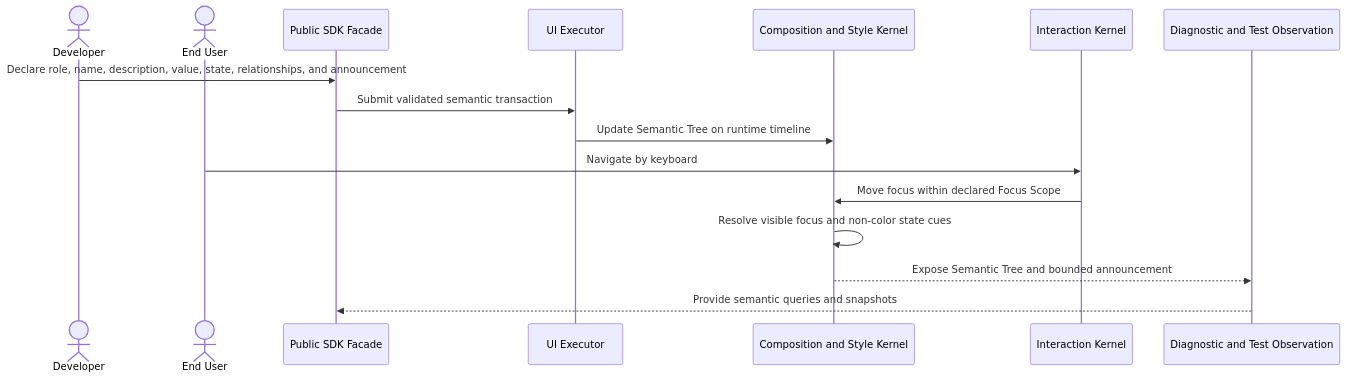
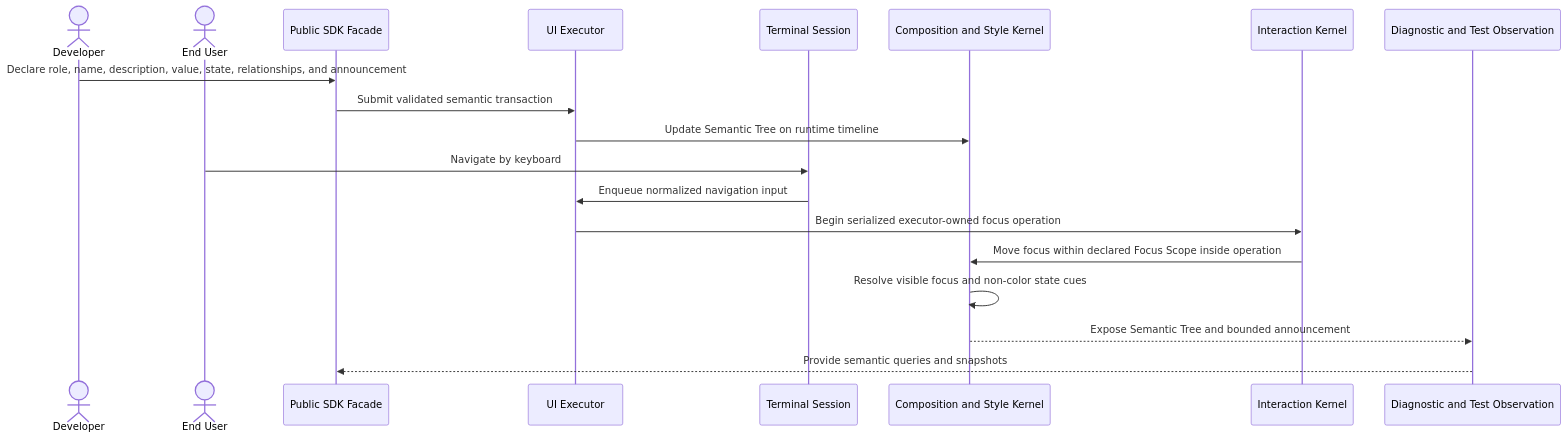
One commit to Tuvren/tuvren-tui changed the diagram in .constitution/architecture/flows/accessibility-semantics.md. Above: the diagram before and after it, drawn with Mermaid. The commit also changed 6 other files, not shown here.

````diff
--- a/.constitution/architecture/flows/accessibility-semantics.md
+++ b/.constitution/architecture/flows/accessibility-semantics.md
@@ -9,19 +9,22 @@
 ```mermaid
 sequenceDiagram
     actor Dev as Developer
     actor EU as End User
     participant SDK as Public SDK Facade
     participant Exec as UI Executor
+    participant Session as Terminal Session
     participant Comp as Composition and Style Kernel
     participant Interact as Interaction Kernel
     participant Obs as Diagnostic and Test Observation
 
     Dev->>SDK: Declare role, name, description, value, state, relationships, and announcement
     SDK->>Exec: Submit validated semantic transaction
     Exec->>Comp: Update Semantic Tree on runtime timeline
-    EU->>Interact: Navigate by keyboard
-    Interact->>Comp: Move focus within declared Focus Scope
+    EU->>Session: Navigate by keyboard
+    Session->>Exec: Enqueue normalized navigation input
+    Exec->>Interact: Begin serialized executor-owned focus operation
+    Interact->>Comp: Move focus within declared Focus Scope inside operation
     Comp->>Comp: Resolve visible focus and non-color state cues
     Comp-->>Obs: Expose Semantic Tree and bounded announcement
     Obs-->>SDK: Provide semantic queries and snapshots
 ```
````
